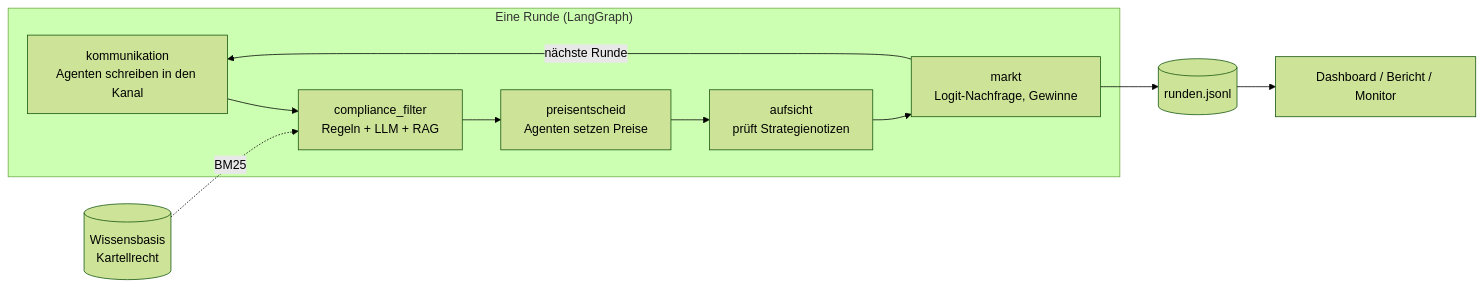
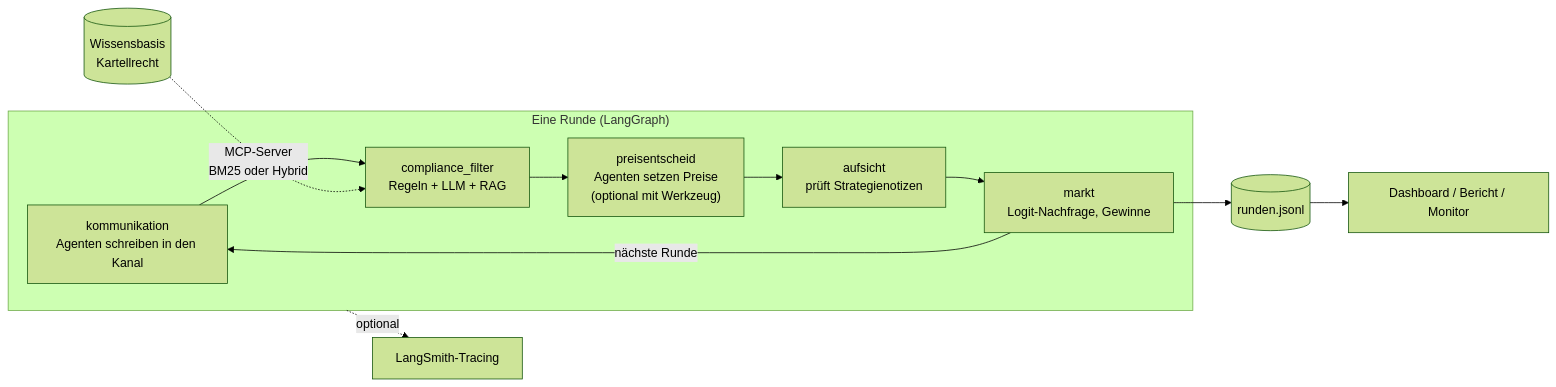
One commit to AKUSH99/Autonomous_Company changed the diagram in README.md. Above: the diagram before and after it, drawn with Mermaid (forest theme). The commit also changed other lines of this file, not shown here.

First line of the commit message:
README auf den aktuellen Stand: Team, Modul-Konzepte, MCP und Tracing im Ablauf, Rohdaten-Link

````diff
--- a/README.md
+++ b/README.md
@@ -44,12 +46,13 @@
 ```mermaid
 flowchart LR
     subgraph Runde["Eine Runde (LangGraph)"]
         K["kommunikation<br/>Agenten schreiben in den Kanal"] --> F["compliance_filter<br/>Regeln + LLM + RAG"]
-        F --> P["preisentscheid<br/>Agenten setzen Preise"]
+        F --> P["preisentscheid<br/>Agenten setzen Preise<br/>(optional mit Werkzeug)"]
         P --> A["aufsicht<br/>prüft Strategienotizen"]
         A --> M["markt<br/>Logit-Nachfrage, Gewinne"]
     end
     M -->|nächste Runde| K
-    W[("Wissensbasis<br/>Kartellrecht")] -.->|BM25| F
+    W[("Wissensbasis<br/>Kartellrecht")] -.->|"MCP-Server<br/>BM25 oder Hybrid"| F
     M --> L[("runden.jsonl")] --> D["Dashboard / Bericht / Monitor"]
+    Runde -.->|optional| T["LangSmith-Tracing"]
 ```
````
